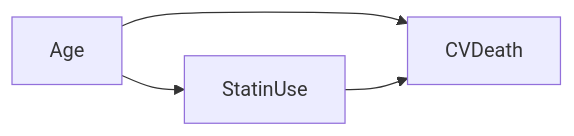
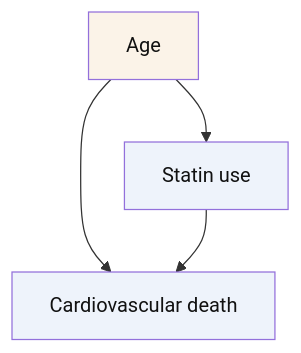
Before and after one commit to Neclow/ML_and_Stats_Course: the first of 2 diagrams in advanced/17_causal_inference.qmd, drawn with Mermaid. The commit also changed 54 other files, not shown here.

````diff
--- a/advanced/17_causal_inference.qmd
+++ b/advanced/17_causal_inference.qmd
@@ -75,10 +75,16 @@
 ```{mermaid}
 %%| echo: false
 %%| eval: true
 %%| label: fig-dag-basic
-%%| fig-cap: "A simple DAG showing confounding. Age affects both statin use and cardiovascular death."
-graph LR
+%%| fig-cap: "A simple DAG showing confounding, drawn as a top-down triangle. Age (gold) is a common cause: it points into BOTH statin use and cardiovascular death, so the raw statin-death association is confounded. This fork shape (one cause into two) is what makes it confounding rather than a chain."
+graph TD
+    Age["Age"]
+    StatinUse["Statin use"]
+    CVDeath["Cardiovascular death"]
     Age --> StatinUse
     Age --> CVDeath
     StatinUse --> CVDeath
+    style Age fill:#fbf3e8,color:#111
+    style StatinUse fill:#eef3fb,color:#111
+    style CVDeath fill:#eef3fb,color:#111
 ```
````
